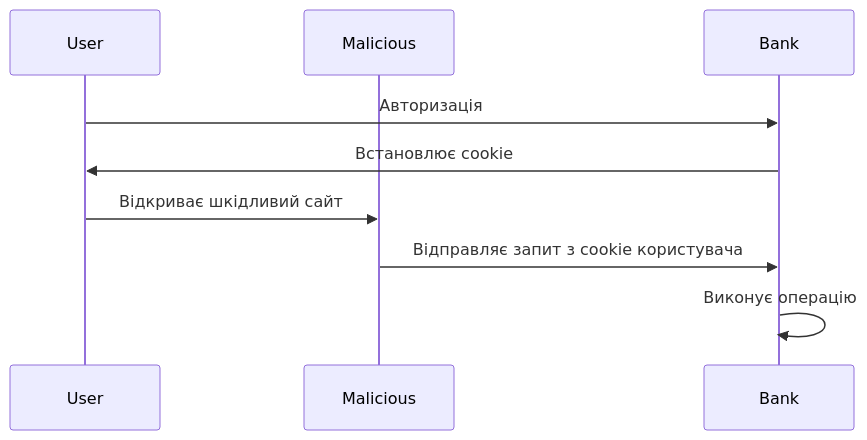
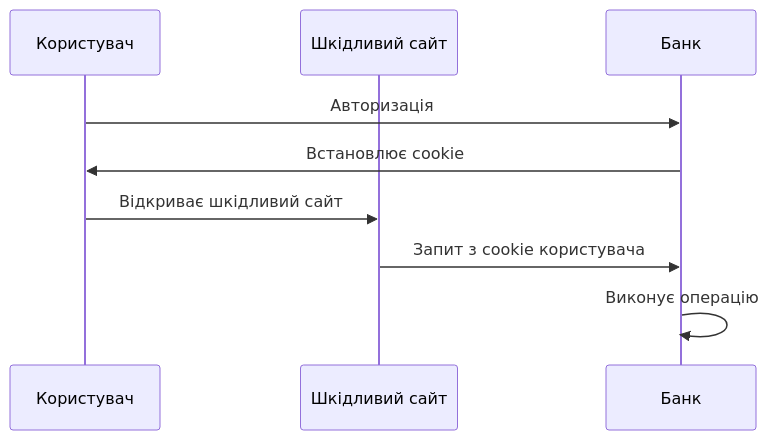
One commit to olroi421/course-opi-v2 changed the second of 3 diagrams in presentations/presentation-14.md. Above: the diagram before and after it, drawn with Mermaid. The commit also changed other lines of this file and 9 other files, not shown here.

````diff
--- a/presentations/presentation-14.md
+++ b/presentations/presentation-14.md
@@ -138,12 +186,12 @@
 ```mermaid
 sequenceDiagram
-    participant User
-    participant Malicious
-    participant Bank
+    participant U as Користувач
+    participant M as Шкідливий сайт
+    participant B as Банк
 
-    User->>Bank: Авторизація
-    Bank->>User: Встановлює cookie
-    User->>Malicious: Відкриває шкідливий сайт
-    Malicious->>Bank: Відправляє запит з cookie користувача
-    Bank->>Bank: Виконує операцію
+    U->>B: Авторизація
+    B->>U: Встановлює cookie
+    U->>M: Відкриває шкідливий сайт
+    M->>B: Запит з cookie користувача
+    B->>B: Виконує операцію
 ```
````
